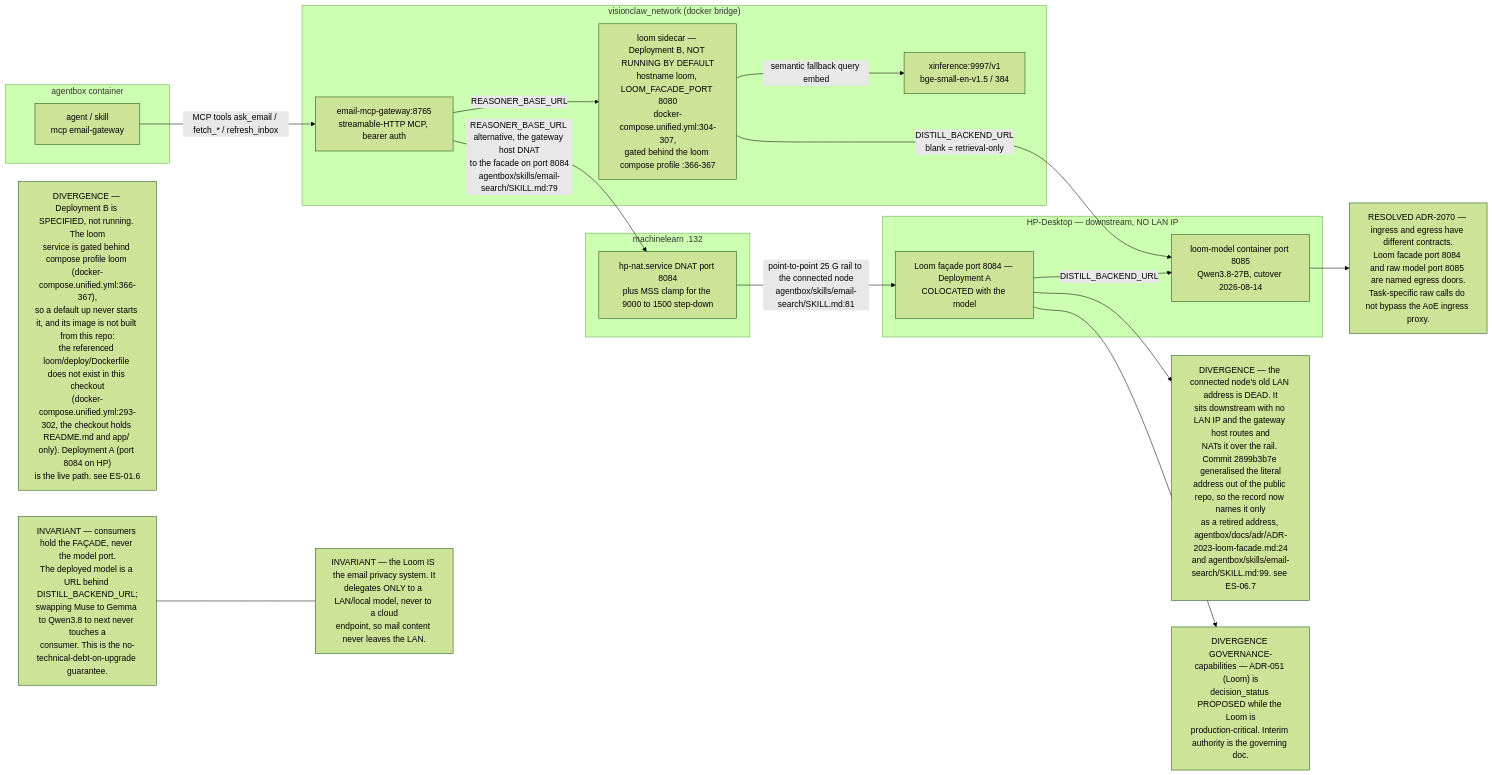
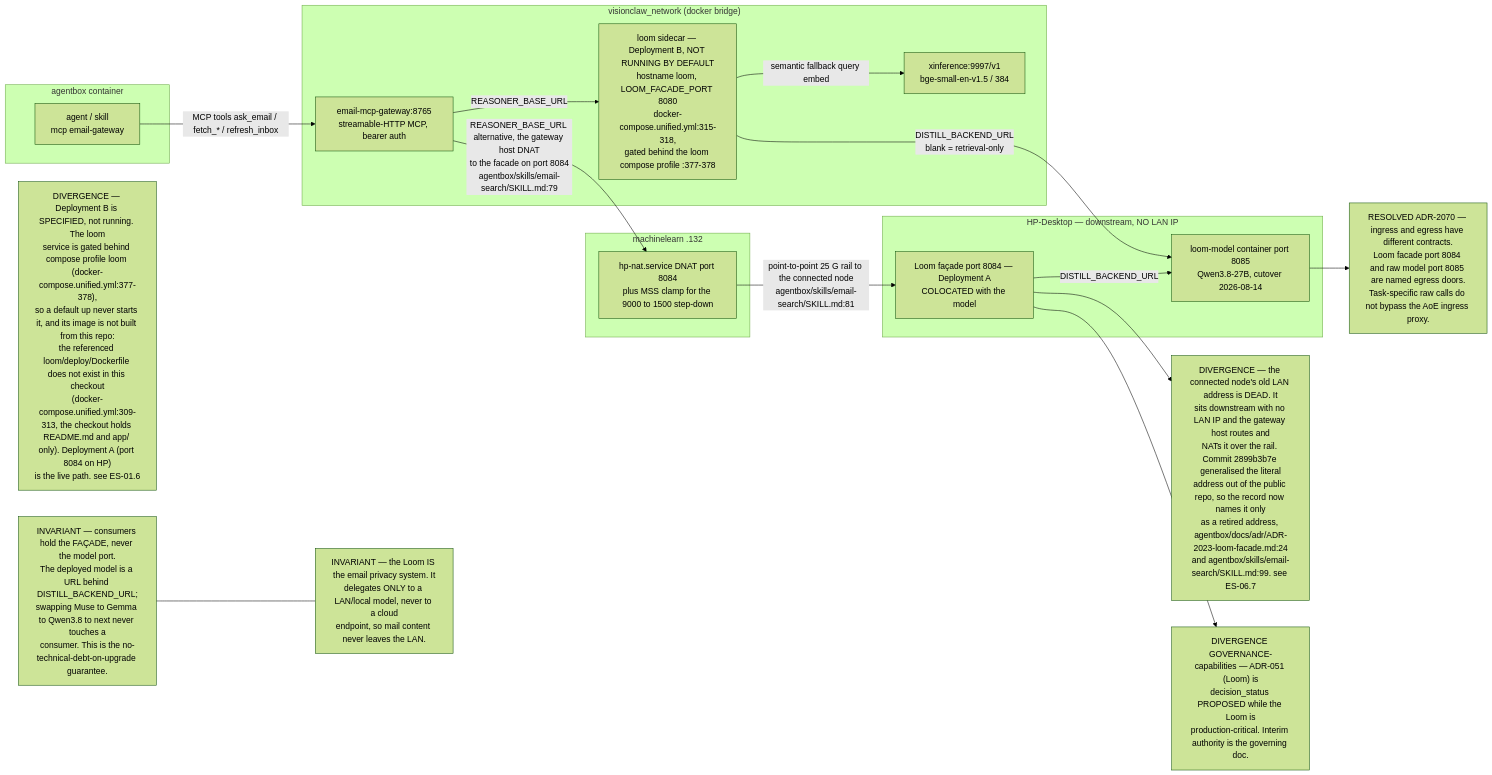
One commit to DreamLab-AI/VisionFlow changed the first of 11 diagrams in docs/diagrams/estate/06-loom-and-email-privacy-path.md. Above: the diagram before and after it, drawn with Mermaid (forest theme). The commit also changed other lines of this file and 136 other files, not shown here.

First line of the commit message:
docs(diagrams): refresh the whole corpus to code HEAD and prune low-value diagrams

````diff
--- a/docs/diagrams/estate/06-loom-and-email-privacy-path.md
+++ b/docs/diagrams/estate/06-loom-and-email-privacy-path.md
@@ -26,38 +26,38 @@
 ```mermaid
 flowchart LR
     subgraph box["agentbox container"]
         AG["agent / skill<br/>mcp email-gateway"]
     end
     subgraph vcnet["visionclaw_network (docker bridge)"]
         GW["email-mcp-gateway:8765<br/>streamable-HTTP MCP, bearer auth"]
-        LOOMB["loom sidecar — Deployment B, NOT RUNNING BY DEFAULT<br/>hostname loom, LOOM_FACADE_PORT 8080<br/>docker-compose.unified.yml:304-307,<br/>gated behind the loom compose profile :366-367"]
+        LOOMB["loom sidecar — Deployment B, NOT RUNNING BY DEFAULT<br/>hostname loom, LOOM_FACADE_PORT 8080<br/>docker-compose.unified.yml:315-318,<br/>gated behind the loom compose profile :377-378"]
         XI["xinference:9997/v1<br/>bge-small-en-v1.5 / 384"]
     end
     subgraph ml["machinelearn .132"]
         DNAT["hp-nat.service DNAT port 8084<br/>plus MSS clamp for the 9000 to 1500 step-down"]
     end
     subgraph hp["HP-Desktop — downstream, NO LAN IP"]
         LOOMA["Loom façade port 8084 — Deployment A<br/>COLOCATED with the model"]
         MODEL["loom-model container port 8085<br/>Qwen3.8-27B, cutover 2026-08-14"]
     end
 
     AG -- "MCP tools ask_email / fetch_* / refresh_inbox" --> GW
     GW -- "REASONER_BASE_URL" --> LOOMB
     GW -- "REASONER_BASE_URL alternative, the gateway host DNAT<br/>to the facade on port 8084<br/>agentbox/skills/email-search/SKILL.md:79" --> DNAT
     DNAT -- "point-to-point 25 G rail to the connected node<br/>agentbox/skills/email-search/SKILL.md:81" --> LOOMA
     LOOMA -- "DISTILL_BACKEND_URL" --> MODEL
     LOOMB -- "DISTILL_BACKEND_URL<br/>blank = retrieval-only" --> MODEL
     LOOMB -- "semantic fallback query embed" --> XI
 
     INV1["INVARIANT — consumers hold the FAÇADE, never the model port.<br/>The deployed model is a URL behind DISTILL_BACKEND_URL;<br/>swapping Muse to Gemma to Qwen3.8 to next never touches a<br/>consumer. This is the no-technical-debt-on-upgrade guarantee."]
     INV2["INVARIANT — the Loom IS the email privacy system. It<br/>delegates ONLY to a LAN/local model, never to a cloud<br/>endpoint, so mail content never leaves the LAN."]
-    DIV0["DIVERGENCE — Deployment B is SPECIFIED, not running. The loom<br/>service is gated behind compose profile loom (docker-compose.unified.yml:366-367),<br/>so a default up never starts it, and its image is not built from this repo:<br/>the referenced loom/deploy/Dockerfile does not exist in this checkout<br/>(docker-compose.unified.yml:293-302, the checkout holds README.md and app/ only). Deployment A (port 8084 on HP)<br/>is the live path. see ES-01.6"]
+    DIV0["DIVERGENCE — Deployment B is SPECIFIED, not running. The loom<br/>service is gated behind compose profile loom (docker-compose.unified.yml:377-378),<br/>so a default up never starts it, and its image is not built from this repo:<br/>the referenced loom/deploy/Dockerfile does not exist in this checkout<br/>(docker-compose.unified.yml:309-313, the checkout holds README.md and app/ only). Deployment A (port 8084 on HP)<br/>is the live path. see ES-01.6"]
     DIV1["DIVERGENCE — the connected node's old LAN address is DEAD. It<br/>sits downstream with no LAN IP and the gateway host routes and<br/>NATs it over the rail. Commit 2899b3b7e generalised the literal<br/>address out of the public repo, so the record now names it only<br/>as a retired address, agentbox/docs/adr/ADR-2023-loom-facade.md:24<br/>and agentbox/skills/email-search/SKILL.md:99. see ES-06.7"]
     DIV2["DIVERGENCE GOVERNANCE-capabilities — ADR-051 (Loom) is<br/>decision_status PROPOSED while the Loom is<br/>production-critical. Interim authority is the governing doc."]
     DIV3["RESOLVED ADR-2070 — ingress and egress have different contracts.<br/>Loom facade port 8084 and raw model port 8085 are named egress doors.<br/>Task-specific raw calls do not bypass the AoE ingress proxy."]
 
     INV1 --- INV2
     LOOMA --> DIV1
     LOOMA --> DIV2
     MODEL --> DIV3
 ```
````
